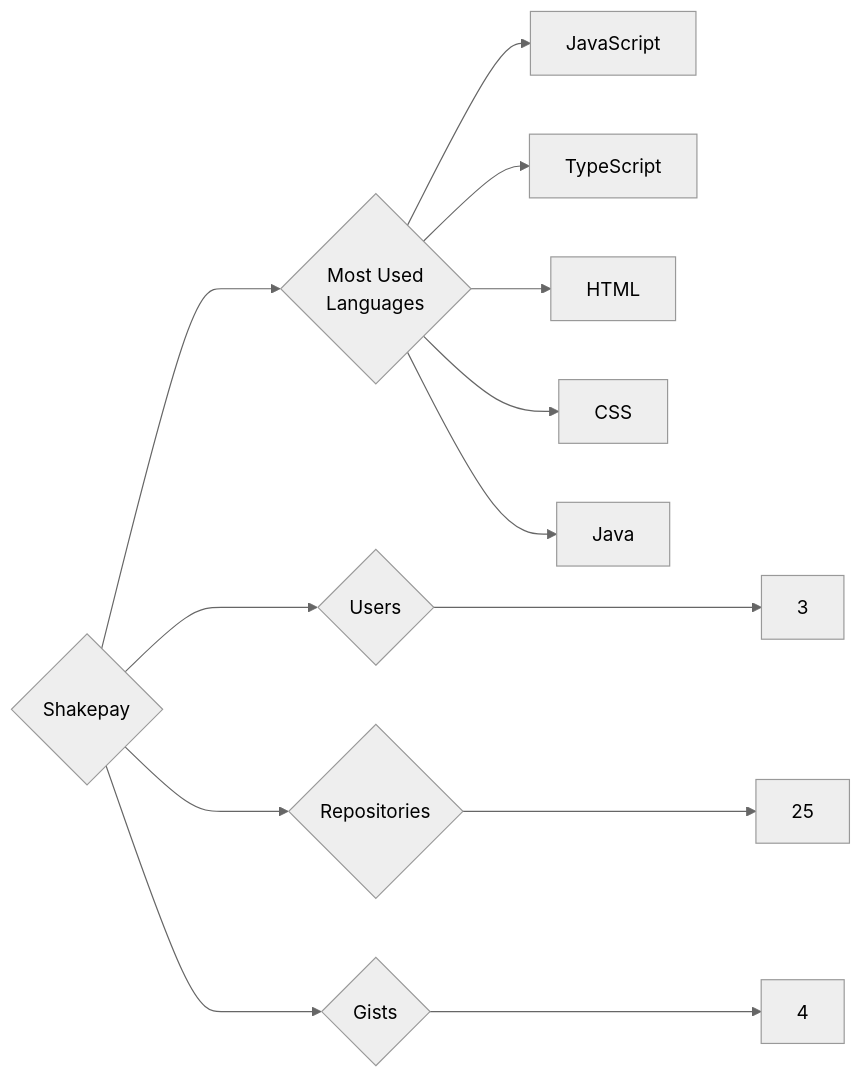
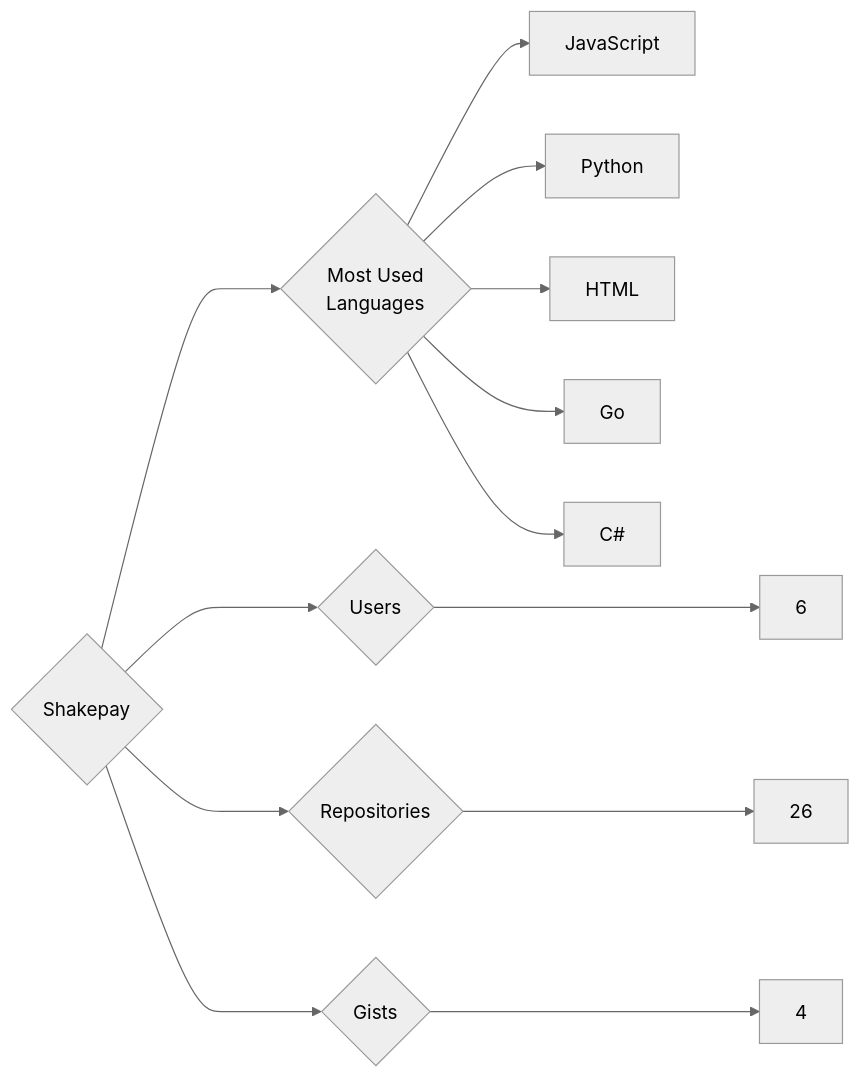
One commit to trickest/insiders changed the diagram in targets/Shakepay/README.md. Above: the diagram before and after it, drawn with Mermaid (neutral theme). The commit also changed 582 other files, not shown here.

````diff
--- a/targets/Shakepay/README.md
+++ b/targets/Shakepay/README.md
@@ -3,13 +3,13 @@
 ```mermaid
 graph LR
 COMPANY_NAME{Shakepay}
-COMPANY_NAME ---> U{Users} ---> UN[3]
-COMPANY_NAME ---> R{Repositories} ---> RN[25]
+COMPANY_NAME ---> U{Users} ---> UN[6]
+COMPANY_NAME ---> R{Repositories} ---> RN[26]
 COMPANY_NAME ---> G{Gists} ---> GN[4]
 COMPANY_NAME ---> ML{Most Used<br>Languages}
 ML --> JavaScript[JavaScript]
-ML --> TypeScript[TypeScript]
+ML --> Python[Python]
 ML --> HTML[HTML]
-ML --> CSS[CSS]
-ML --> Java[Java]
+ML --> Go[Go]
+ML --> C#[C#]
 ```
````
